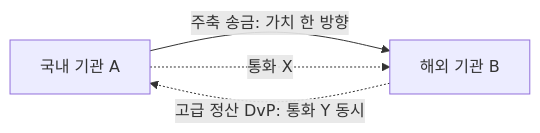
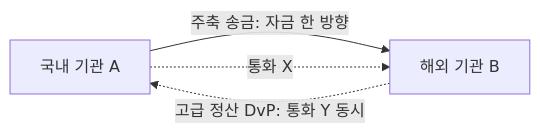
The diagram in wiki/canton-course/s00-opening.md (eunsujeo/canton-docs), drawn with Mermaid before and after one commit. The commit also changed other lines of this file and 4 other files, not shown here.

````diff
--- a/wiki/canton-course/s00-opening.md
+++ b/wiki/canton-course/s00-opening.md
@@ -37,6 +37,6 @@
 ```mermaid
 flowchart LR
-  A["국내 기관 A"] -->|"주축 송금: 가치 한 방향"| B["해외 기관 B"]
+  A["국내 기관 A"] -->|"주축 송금: 자금 한 방향"| B["해외 기관 B"]
   A -.->|"통화 X"| B
   B -.->|"고급 정산 DvP: 통화 Y 동시"| A
 ```
````
